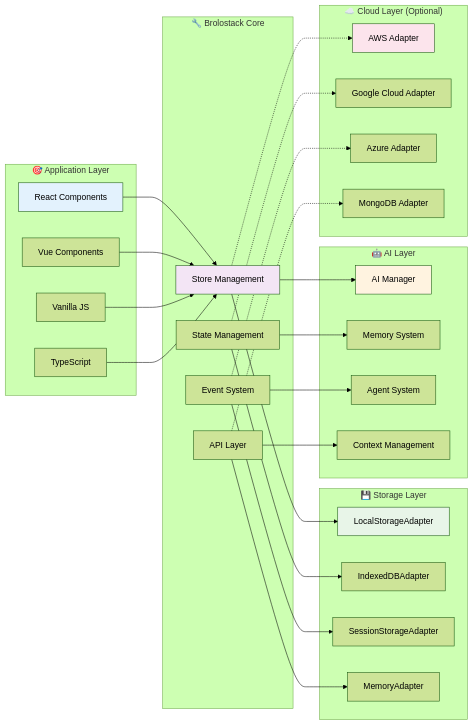
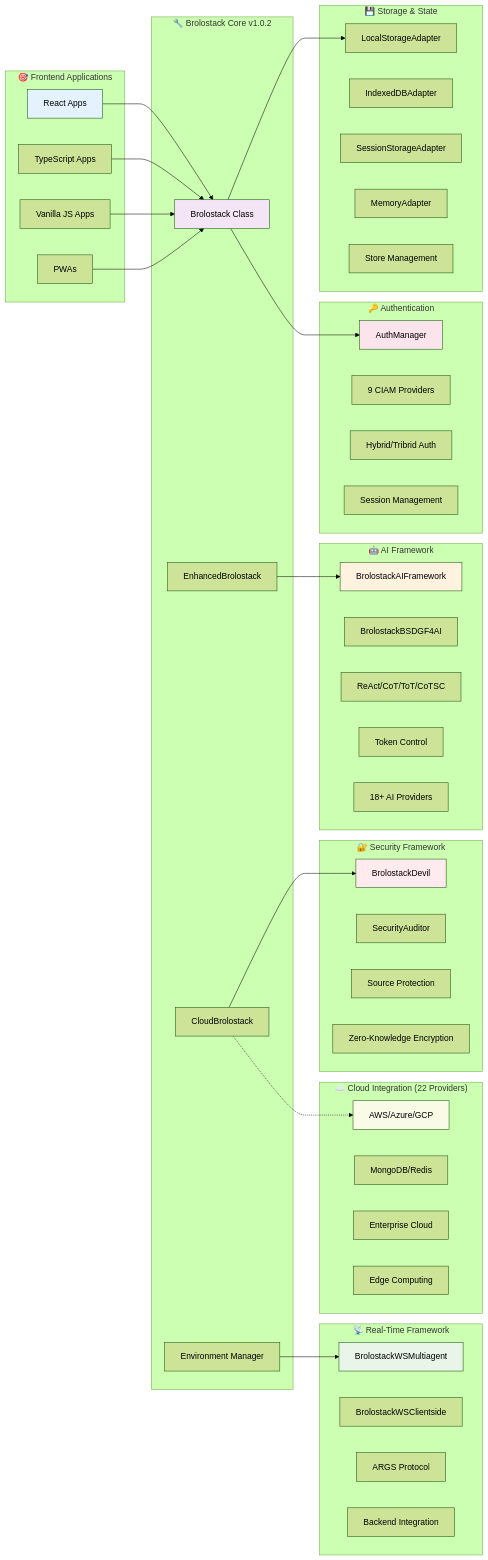
One commit to Beunec/brolostack changed the second of 15 diagrams in README.md. Above: the diagram before and after it, drawn with Mermaid (forest theme). The commit also changed other lines of this file and 141 other files, not shown here.

````diff
--- a/README.md
+++ b/README.md
@@ -142,63 +168,81 @@
 ```mermaid
 graph LR
-    subgraph "🎯 Application Layer"
-        A1[React Components]
-        A2[Vue Components]
-        A3[Vanilla JS]
-        A4[TypeScript]
+    subgraph "🎯 Frontend Applications"
+        A1[React Apps]
+        A2[TypeScript Apps]
+        A3[Vanilla JS Apps]
+        A4[PWAs]
     end
     
-    subgraph "🔧 Brolostack Core"
-        B1[Store Management]
-        B2[State Management]
-        B3[Event System]
-        B4[API Layer]
+    subgraph "🔧 Brolostack Core v1.0.2"
+        B1[Brolostack Class]
+        B2[EnhancedBrolostack]
+        B3[CloudBrolostack]
+        B4[Environment Manager]
     end
     
-    subgraph "💾 Storage Layer"
+    subgraph "💾 Storage & State"
         C1[LocalStorageAdapter]
         C2[IndexedDBAdapter]
         C3[SessionStorageAdapter]
         C4[MemoryAdapter]
+        C5[Store Management]
     end
     
-    subgraph "🤖 AI Layer"
-        D1[AI Manager]
-        D2[Memory System]
-        D3[Agent System]
-        D4[Context Management]
+    subgraph "🤖 AI Framework"
+        D1[BrolostackAIFramework]
+        D2[BrolostackBSDGF4AI]
+        D3[ReAct/CoT/ToT/CoTSC]
+        D4[Token Control]
+        D5[18+ AI Providers]
     end
     
-    subgraph "☁️ Cloud Layer (Optional)"
-        E1[AWS Adapter]
-        E2[Google Cloud Adapter]
-        E3[Azure Adapter]
-        E4[MongoDB Adapter]
+    subgraph "🔐 Security Framework"
+        E1[BrolostackDevil]
+        E2[SecurityAuditor]
+        E3[Source Protection]
+        E4[Zero-Knowledge Encryption]
+    end
+    
+    subgraph "📡 Real-Time Framework"
+        F1[BrolostackWSMultiagent]
+        F2[BrolostackWSClientside]
+        F3[ARGS Protocol]
+        F4[Backend Integration]
+    end
+    
+    subgraph "🔑 Authentication"
+        G1[AuthManager]
+        G2[9 CIAM Providers]
+        G3[Hybrid/Tribrid Auth]
+        G4[Session Management]
+    end
+    
+    subgraph "☁️ Cloud Integration (22 Providers)"
+        H1[AWS/Azure/GCP]
+        H2[MongoDB/Redis]
+        H3[Enterprise Cloud]
+        H4[Edge Computing]
     end
     
     A1 --> B1
     A2 --> B1
     A3 --> B1
     A4 --> B1
     
     B1 --> C1
-    B2 --> C2
-    B3 --> C3
-    B4 --> C4
+    B2 --> D1
+    B3 --> E1
+    B4 --> F1
+    B1 --> G1
     
-    B1 --> D1
-    B2 --> D2
-    B3 --> D3
-    B4 --> D4
-    
-    B1 -.-> E1
-    B2 -.-> E2
-    B3 -.-> E3
-    B4 -.-> E4
+    B3 -.-> H1
     
     style A1 fill:#e3f2fd
     style B1 fill:#f3e5f5
-    style C1 fill:#e8f5e8
     style D1 fill:#fff3e0
-    style E1 fill:#fce4ec
+    style E1 fill:#ffebee
+    style F1 fill:#e8f5e8
+    style G1 fill:#fce4ec
+    style H1 fill:#f9fbe7
 ```
````
